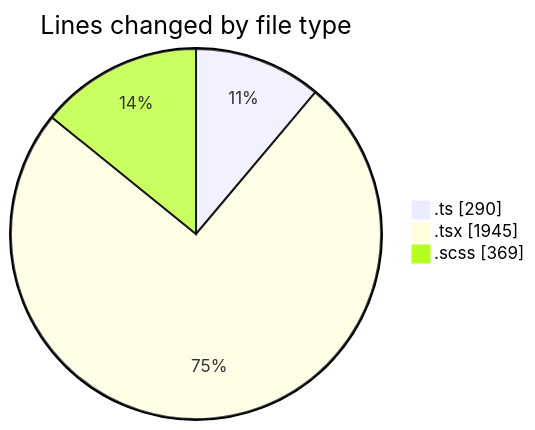
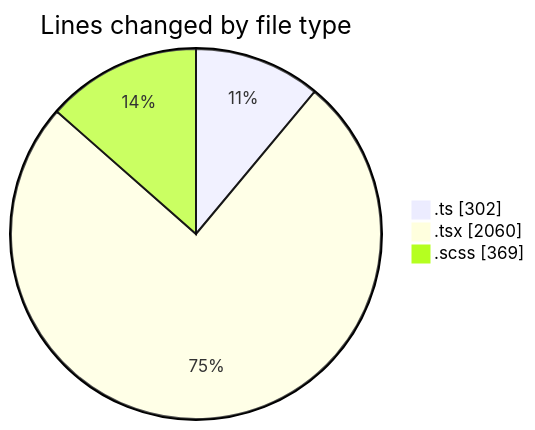
Before and after one commit to momahboobian/code-tracking: the first of 2 diagrams in 2025-05-01/cda/README.md, drawn with Mermaid. The commit also changed other lines of this file and 1 other file, not shown here.

````diff
--- a/2025-05-01/cda/README.md
+++ b/2025-05-01/cda/README.md
@@ -35,7 +36,7 @@
 ```mermaid
 pie showData
 title Lines changed by file type
-".ts" : 290
-".tsx" : 1945
+".ts" : 302
+".tsx" : 2060
 ".scss" : 369
 ```
````
